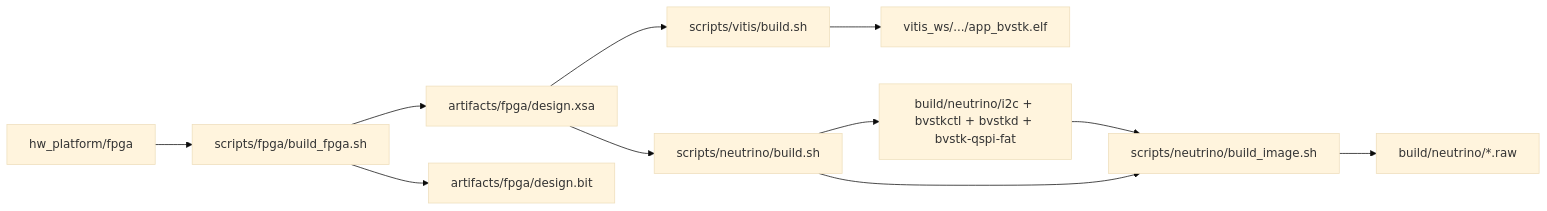
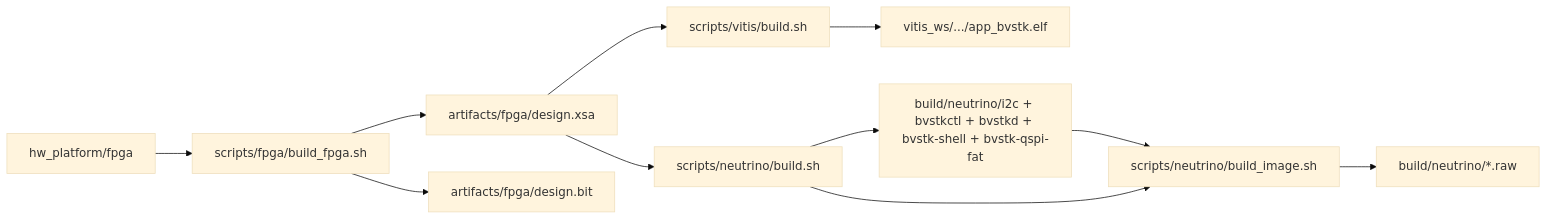
The first of 2 diagrams in docs/dev/build.md (igtrefilov/bvstk), drawn with Mermaid (base theme) before and after one commit. The commit also changed other lines of this file and 21 other files, not shown here.

````diff
--- a/docs/dev/build.md
+++ b/docs/dev/build.md
@@ -23,13 +23,13 @@
 ```mermaid
 flowchart LR
     HW[hw_platform/fpga] --> Vivado[scripts/fpga/build_fpga.sh]
     Vivado --> XSA[artifacts/fpga/design.xsa]
     Vivado --> BIT[artifacts/fpga/design.bit]
     XSA --> Vitis[scripts/vitis/build.sh]
     Vitis --> ELF[vitis_ws/.../app_bvstk.elf]
     XSA --> NBuild[scripts/neutrino/build.sh]
-    NBuild --> Apps[build/neutrino/i2c + bvstkctl + bvstkd + bvstk-qspi-fat]
+    NBuild --> Apps[build/neutrino/i2c + bvstkctl + bvstkd + bvstk-shell + bvstk-qspi-fat]
     Apps --> Image[scripts/neutrino/build_image.sh]
     NBuild --> Image
     Image --> IFS[build/neutrino/*.raw]
 ```
````
